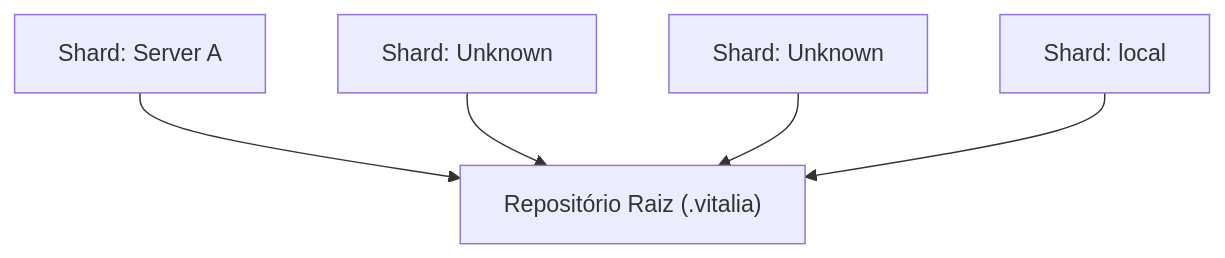
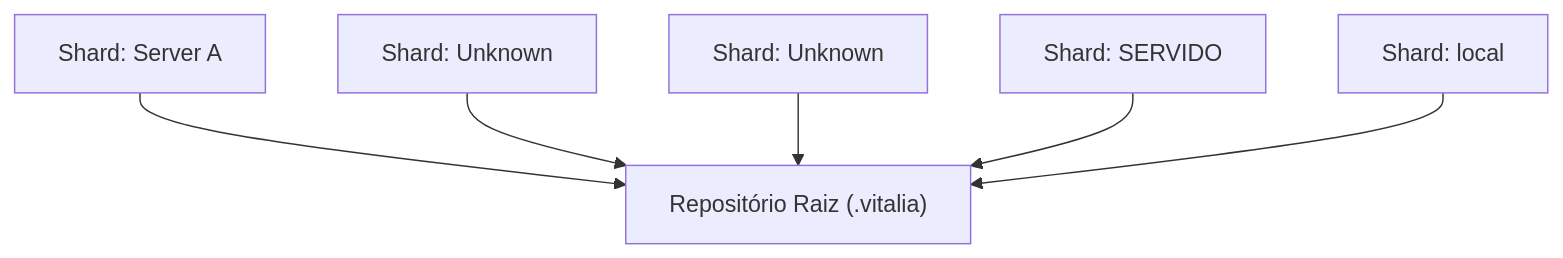
Before and after one commit to vitalia-platform/sandbox-vitalia-v040-context: the diagram in DASHBOARD.md, drawn with Mermaid. The commit also changed other lines of this file and 7 other files, not shown here.

````diff
--- a/DASHBOARD.md
+++ b/DASHBOARD.md
@@ -22,8 +23,9 @@
 ```mermaid
 graph TD
   Raiz["Repositório Raiz (.vitalia)"]
   srv_A["Shard: Server A"] --> Raiz
   test1["Shard: Unknown"] --> Raiz
   Unknown["Shard: Unknown"] --> Raiz
+  01397893["Shard: SERVIDO"] --> Raiz
   local["Shard: local"] --> Raiz
 ```
````
